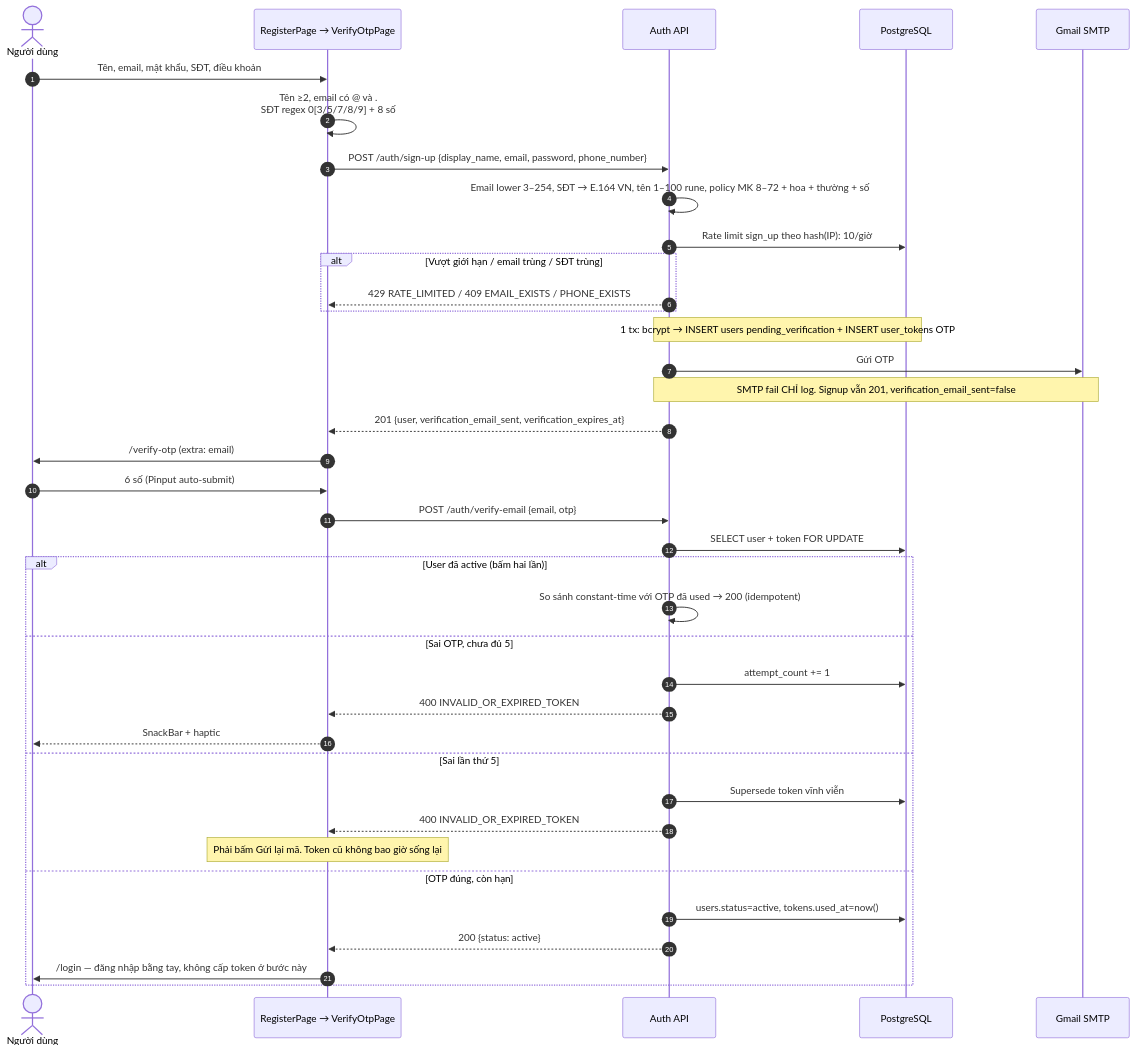
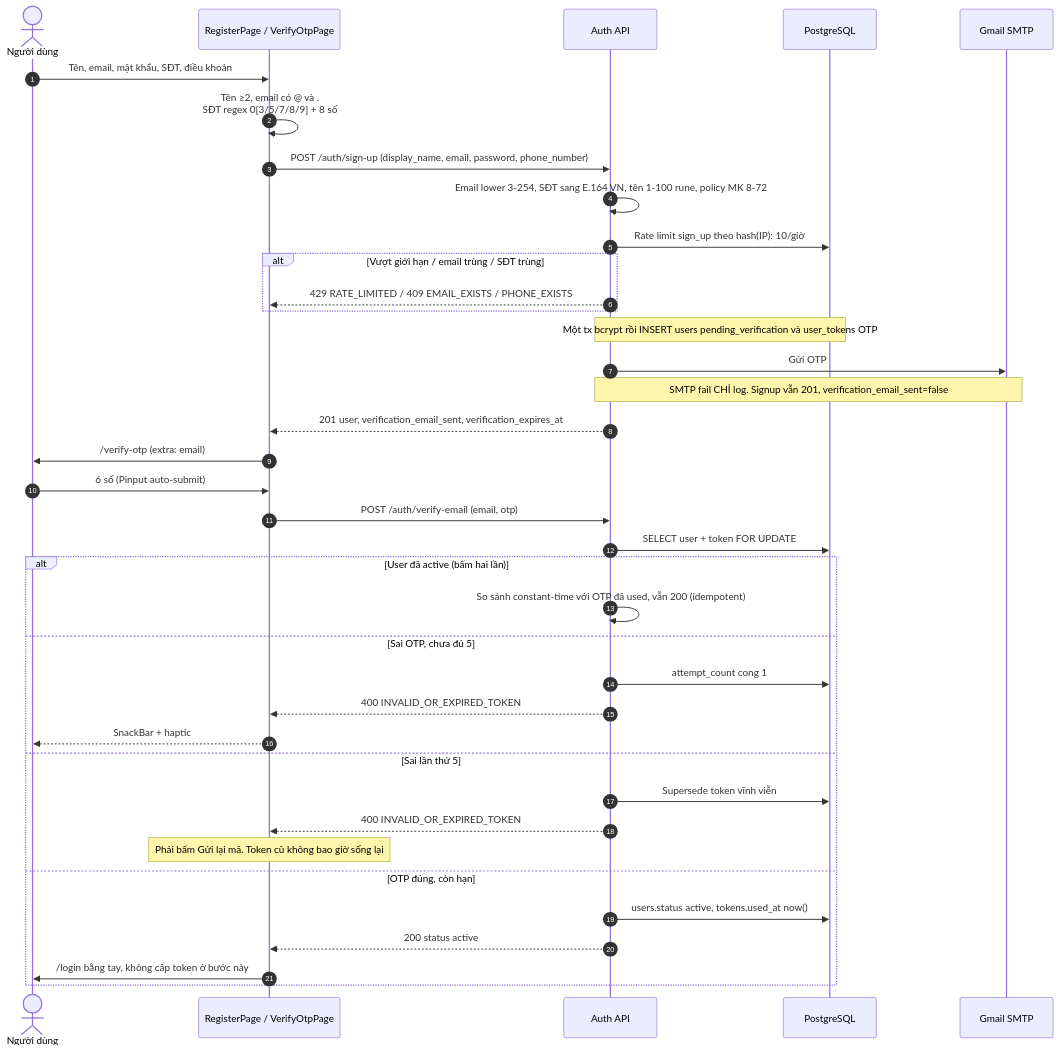
Before and after one commit to FintechVSF-Tranning/PaySplit-RP: the first of 8 diagrams in flow/01-auth.md, drawn with Mermaid. The commit also changed other lines of this file and 7 other files, not shown here.

First line of the commit message:
Refactor notification flow and admin management documentation

````diff
--- a/flow/01-auth.md
+++ b/flow/01-auth.md
@@ -96,42 +96,42 @@
 ```mermaid
 sequenceDiagram
     autonumber
     actor U as Người dùng
-    participant FE as RegisterPage → VerifyOtpPage
+    participant FE as RegisterPage / VerifyOtpPage
     participant BE as Auth API
     participant DB as PostgreSQL
     participant Mail as Gmail SMTP
 
     U->>FE: Tên, email, mật khẩu, SĐT, điều khoản
     FE->>FE: Tên ≥2, email có @ và .<br/>SĐT regex 0[3/5/7/8/9] + 8 số
-    FE->>BE: POST /auth/sign-up {display_name, email, password, phone_number}
-    BE->>BE: Email lower 3–254, SĐT → E.164 VN, tên 1–100 rune, policy MK 8–72 + hoa + thường + số
+    FE->>BE: POST /auth/sign-up (display_name, email, password, phone_number)
+    BE->>BE: Email lower 3-254, SĐT sang E.164 VN, tên 1-100 rune, policy MK 8-72
     BE->>DB: Rate limit sign_up theo hash(IP): 10/giờ
     alt Vượt giới hạn / email trùng / SĐT trùng
         BE-->>FE: 429 RATE_LIMITED / 409 EMAIL_EXISTS / PHONE_EXISTS
     end
-    Note over BE,DB: 1 tx: bcrypt → INSERT users pending_verification + INSERT user_tokens OTP
+    Note over BE,DB: Một tx bcrypt rồi INSERT users pending_verification và user_tokens OTP
     BE->>Mail: Gửi OTP
     Note over BE,Mail: SMTP fail CHỈ log. Signup vẫn 201, verification_email_sent=false
-    BE-->>FE: 201 {user, verification_email_sent, verification_expires_at}
+    BE-->>FE: 201 user, verification_email_sent, verification_expires_at
     FE->>U: /verify-otp (extra: email)
 
     U->>FE: 6 số (Pinput auto-submit)
-    FE->>BE: POST /auth/verify-email {email, otp}
+    FE->>BE: POST /auth/verify-email (email, otp)
     BE->>DB: SELECT user + token FOR UPDATE
     alt User đã active (bấm hai lần)
-        BE->>BE: So sánh constant-time với OTP đã used → 200 (idempotent)
+        BE->>BE: So sánh constant-time với OTP đã used, vẫn 200 (idempotent)
     else Sai OTP, chưa đủ 5
-        BE->>DB: attempt_count += 1
+        BE->>DB: attempt_count cong 1
         BE-->>FE: 400 INVALID_OR_EXPIRED_TOKEN
         FE-->>U: SnackBar + haptic
     else Sai lần thứ 5
         BE->>DB: Supersede token vĩnh viễn
         BE-->>FE: 400 INVALID_OR_EXPIRED_TOKEN
         Note over FE: Phải bấm Gửi lại mã. Token cũ không bao giờ sống lại
     else OTP đúng, còn hạn
-        BE->>DB: users.status=active, tokens.used_at=now()
-        BE-->>FE: 200 {status: active}
-        FE->>U: /login — đăng nhập bằng tay, không cấp token ở bước này
+        BE->>DB: users.status active, tokens.used_at now()
+        BE-->>FE: 200 status active
+        FE->>U: /login bằng tay, không cấp token ở bước này
     end
 ```
````
